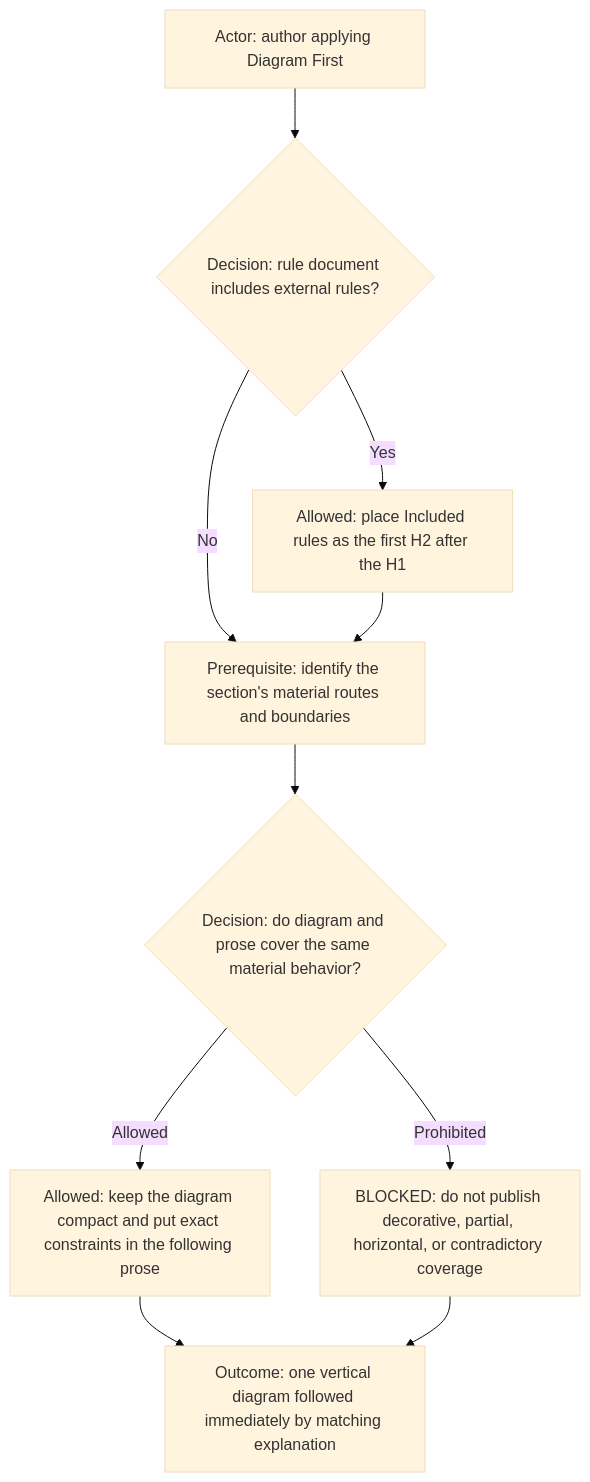
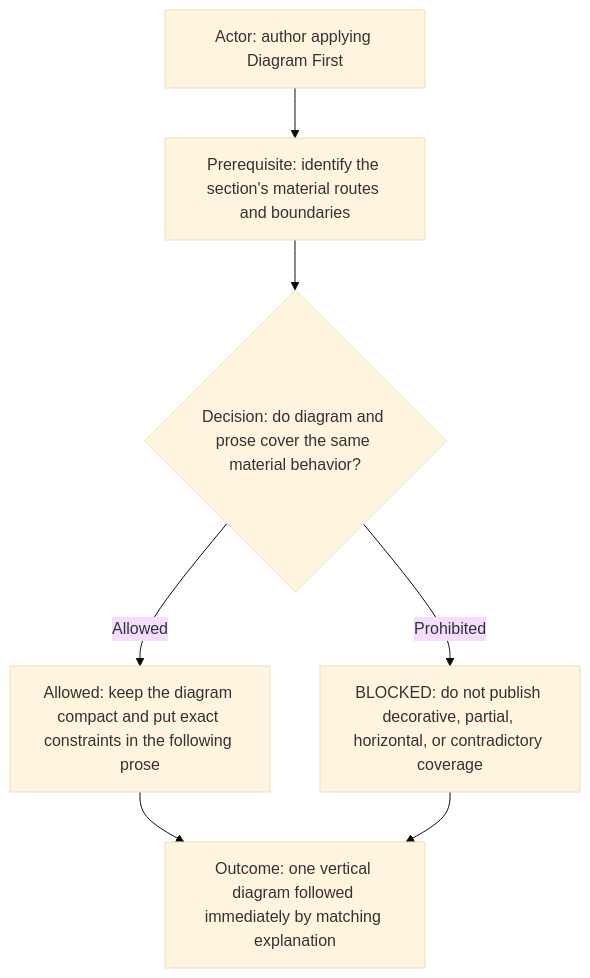
Before and after one commit to starodubtsevconsulting/ai-commands: the second of 3 diagrams in doc/principles/diagram-first-principle.md, drawn with Mermaid (base theme). The commit also changed other lines of this file and 4 other files, not shown here.

Commit message:
docs: separate included rules principle

````diff
--- a/doc/principles/diagram-first-principle.md
+++ b/doc/principles/diagram-first-principle.md
@@ -21,12 +30,9 @@
 ```mermaid
 flowchart TD
-  Actor["Actor: author applying Diagram First"] --> RuleDoc{"Decision: rule document includes external rules?"}
-  RuleDoc -->|Yes| Included["Allowed: place Included rules as the first H2 after the H1"]
-  RuleDoc -->|No| Prerequisite["Prerequisite: identify the section's material routes and boundaries"]
-  Included --> Prerequisite
+  Actor["Actor: author applying Diagram First"] --> Prerequisite["Prerequisite: identify the section's material routes and boundaries"]
   Prerequisite --> Decision{"Decision: do diagram and prose cover the same material behavior?"}
   Decision -->|Allowed| Write["Allowed: keep the diagram compact and put exact constraints in the following prose"]
   Decision -->|Prohibited| Blocked["BLOCKED: do not publish decorative, partial, horizontal, or contradictory coverage"]
   Write --> Outcome["Outcome: one vertical diagram followed immediately by matching explanation"]
   Blocked --> Outcome
 ```
````
